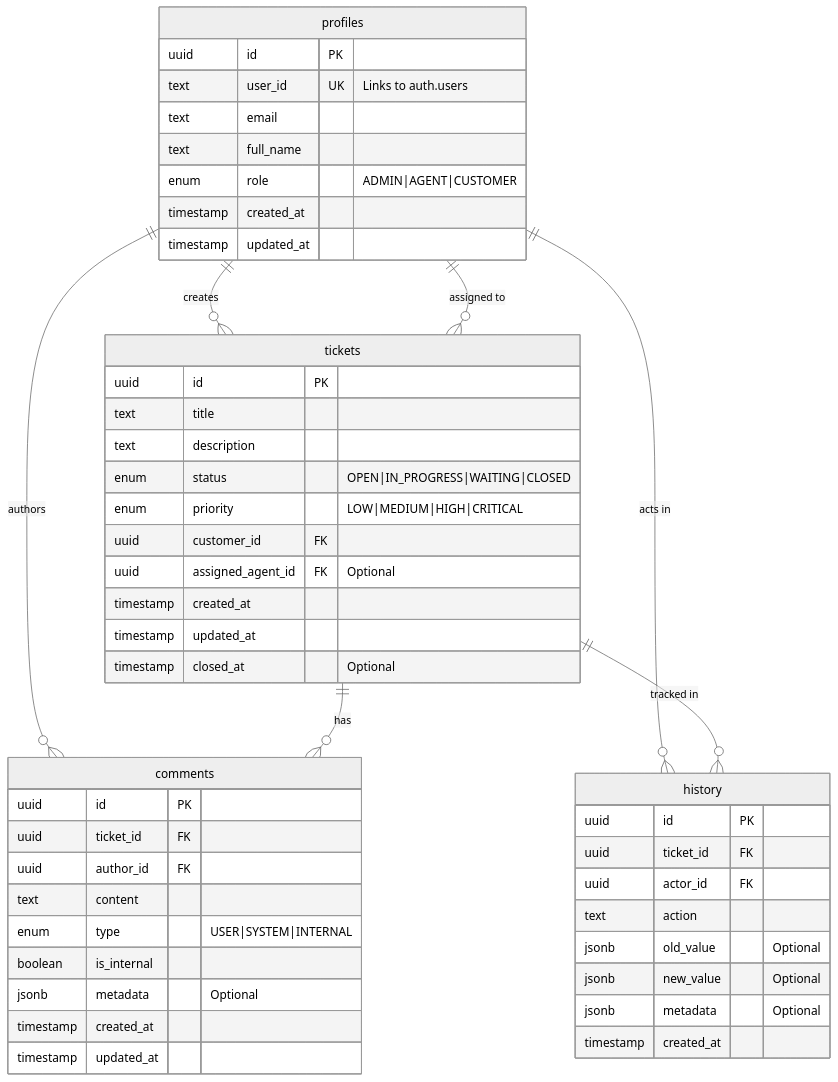
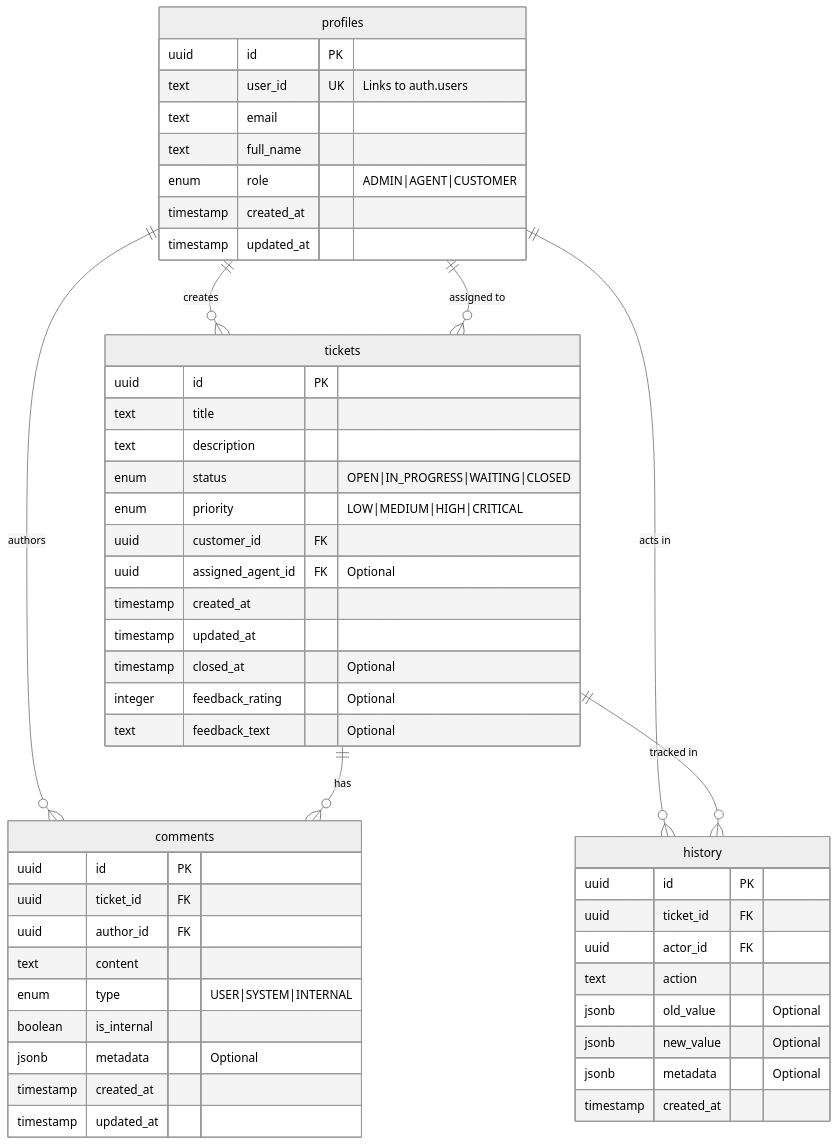
The diagram in docs/database/er_diagram.md (AsherMorse/EmberOne), drawn with Mermaid (neutral theme) before and after one commit. The commit also changed 2 other files, not shown here.

Commit message:
docs(database): update schema docs with ticket feedback columns

````diff
--- a/docs/database/er_diagram.md
+++ b/docs/database/er_diagram.md
@@ -7,55 +7,57 @@
 ```mermaid
 erDiagram
     profiles {
         uuid id PK
         text user_id UK "Links to auth.users"
         text email
         text full_name
         enum role "ADMIN|AGENT|CUSTOMER"
         timestamp created_at
         timestamp updated_at
     }
 
     tickets {
         uuid id PK
         text title
         text description
         enum status "OPEN|IN_PROGRESS|WAITING|CLOSED"
         enum priority "LOW|MEDIUM|HIGH|CRITICAL"
         uuid customer_id FK
         uuid assigned_agent_id FK "Optional"
         timestamp created_at
         timestamp updated_at
         timestamp closed_at "Optional"
+        integer feedback_rating "Optional"
+        text feedback_text "Optional"
     }
 
     comments {
         uuid id PK
         uuid ticket_id FK
         uuid author_id FK
         text content
         enum type "USER|SYSTEM|INTERNAL"
         boolean is_internal
         jsonb metadata "Optional"
         timestamp created_at
         timestamp updated_at
     }
 
     history {
         uuid id PK
         uuid ticket_id FK
         uuid actor_id FK
         text action
         jsonb old_value "Optional"
         jsonb new_value "Optional"
         jsonb metadata "Optional"
         timestamp created_at
     }
 
     profiles ||--o{ tickets : "creates"
     profiles ||--o{ tickets : "assigned to"
     profiles ||--o{ comments : "authors"
     profiles ||--o{ history : "acts in"
     tickets ||--o{ comments : "has"
     tickets ||--o{ history : "tracked in"
 ```
````
